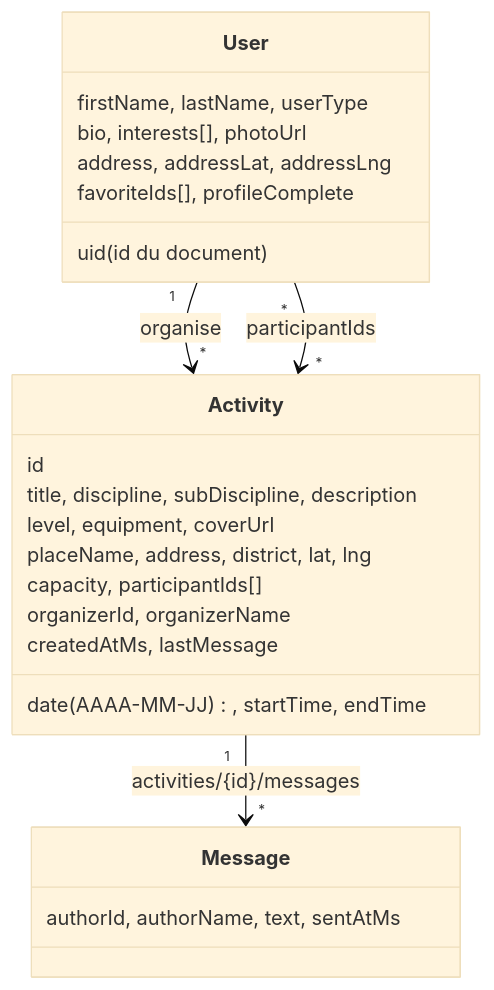
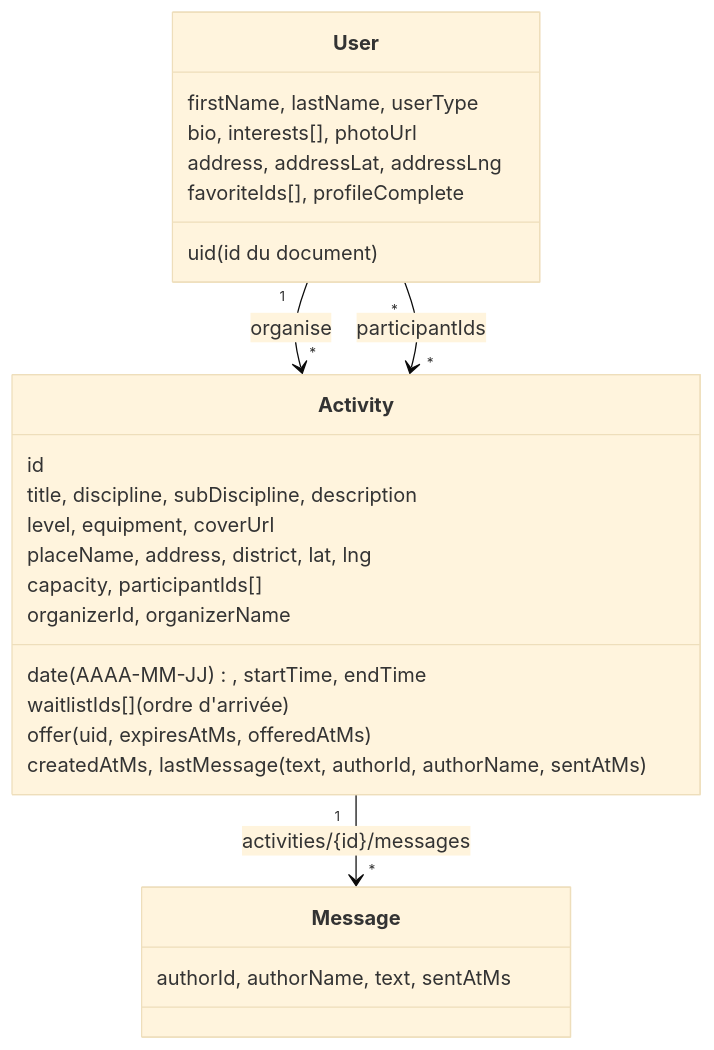
One commit to elieqlf/m2gdp-g1-art changed the diagram in docs/donnees-firestore.md. Above: the diagram before and after it, drawn with Mermaid (base theme). The commit also changed 21 other files, not shown here.

````diff
--- a/docs/donnees-firestore.md
+++ b/docs/donnees-firestore.md
@@ -5,26 +5,28 @@
 ```mermaid
 classDiagram
   class User {
     uid (id du document)
     firstName, lastName, userType
     bio, interests[], photoUrl
     address, addressLat, addressLng
     favoriteIds[], profileComplete
   }
   class Activity {
     id
     title, discipline, subDiscipline, description
     level, equipment, coverUrl
     placeName, address, district, lat, lng
     date (AAAA-MM-JJ), startTime, endTime
     capacity, participantIds[]
+    waitlistIds[] (ordre d'arrivée)
+    offer (uid, expiresAtMs, offeredAtMs)
     organizerId, organizerName
-    createdAtMs, lastMessage
+    createdAtMs, lastMessage (text, authorId, authorName, sentAtMs)
   }
   class Message {
     authorId, authorName, text, sentAtMs
   }
   User "1" --> "*" Activity : organise
   User "*" --> "*" Activity : participantIds
   Activity "1" --> "*" Message : activities/{id}/messages
 ```
````
